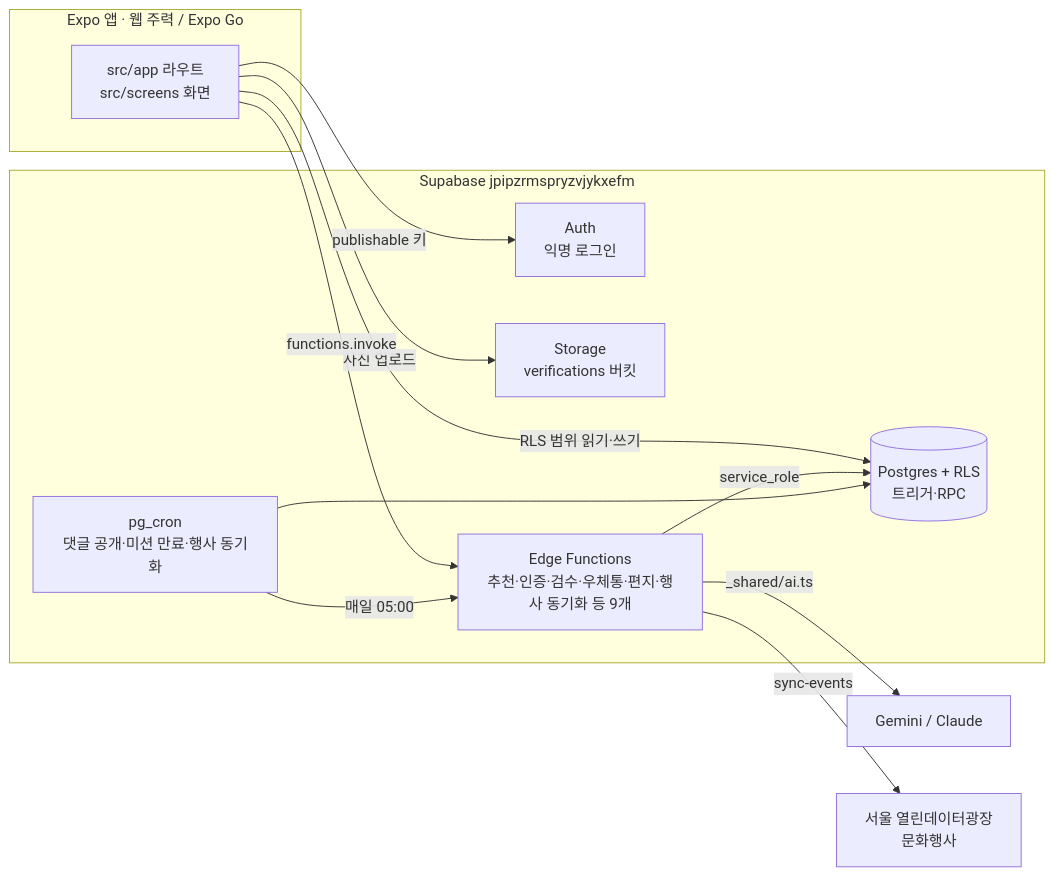
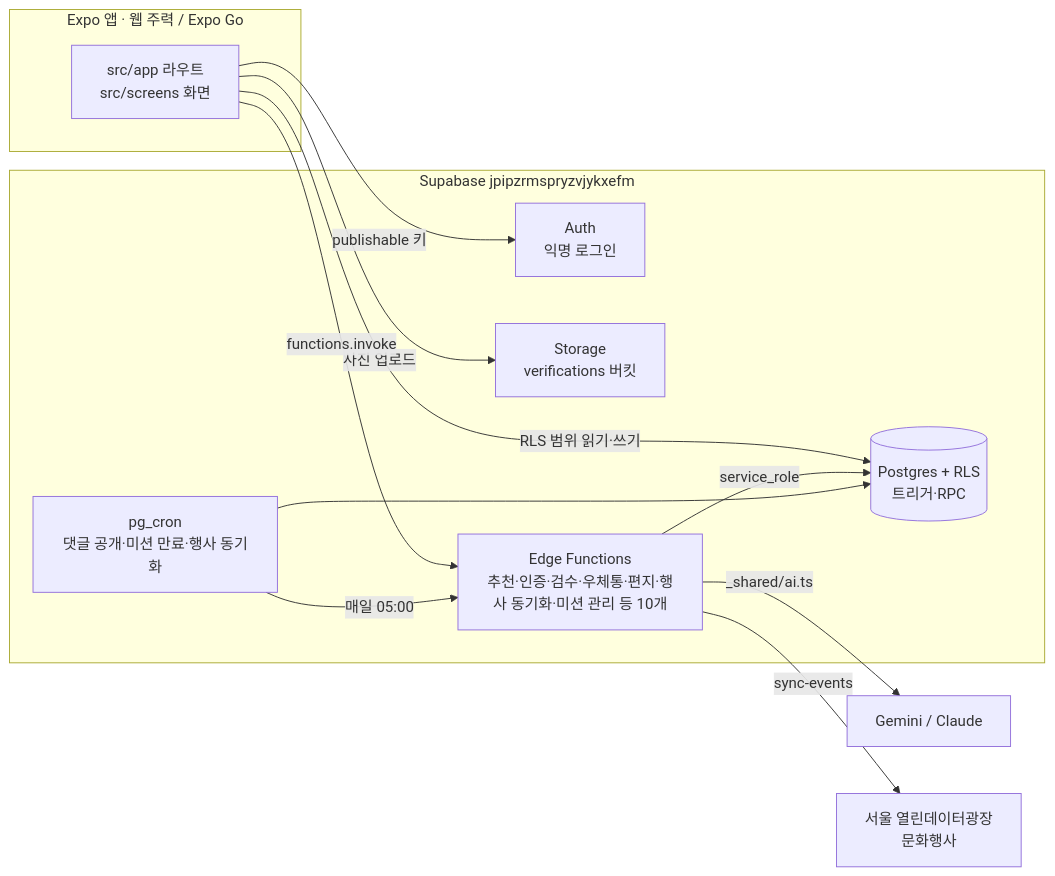
The diagram in docs/ARCHITECTURE.md (koolunkle/maru), drawn with Mermaid before and after one commit. The commit also changed 1 other file, not shown here.

Commit message:
docs: README를 본선 기준으로 고치기 (#130)
- 소개를 대상·365 서울챌린지 청년 트랙 제안으로 바꾸고 운영 URL·관리자 웹을 위로 올림
- MARU 세 단계, 주요 기능, 기술 스택 요약 추가
- 문서 표에 docs/ADMIN.md, 실행에 PR 전 점검 명령 추가
- ARCHITECTURE 구성도의 Edge Functions 개수를 10개로 바로잡음

````diff
--- a/docs/ARCHITECTURE.md
+++ b/docs/ARCHITECTURE.md
@@ -8,24 +8,24 @@
 ```mermaid
 flowchart LR
     subgraph Client[Expo 앱 · 웹 주력 / Expo Go]
       UI[src/app 라우트<br/>src/screens 화면]
     end
     subgraph Supabase[Supabase jpipzrmspryzvjykxefm]
       Auth[Auth<br/>익명 로그인]
       DB[(Postgres + RLS<br/>트리거·RPC)]
       ST[Storage<br/>verifications 버킷]
-      FN[Edge Functions<br/>추천·인증·검수·우체통·편지·행사 동기화 등 9개]
+      FN[Edge Functions<br/>추천·인증·검수·우체통·편지·행사 동기화·미션 관리 등 10개]
       CRON[pg_cron<br/>댓글 공개·미션 만료·행사 동기화]
     end
     AI[Gemini / Claude]
 
     UI -- publishable 키 --> Auth
     UI -- RLS 범위 읽기·쓰기 --> DB
     UI -- 사진 업로드 --> ST
     UI -- functions.invoke --> FN
     FN -- service_role --> DB
     FN -- _shared/ai.ts --> AI
     CRON --> DB
     CRON -- 매일 05:00 --> FN
     FN -- sync-events --> SEOUL[서울 열린데이터광장<br/>문화행사]
 ```
````
